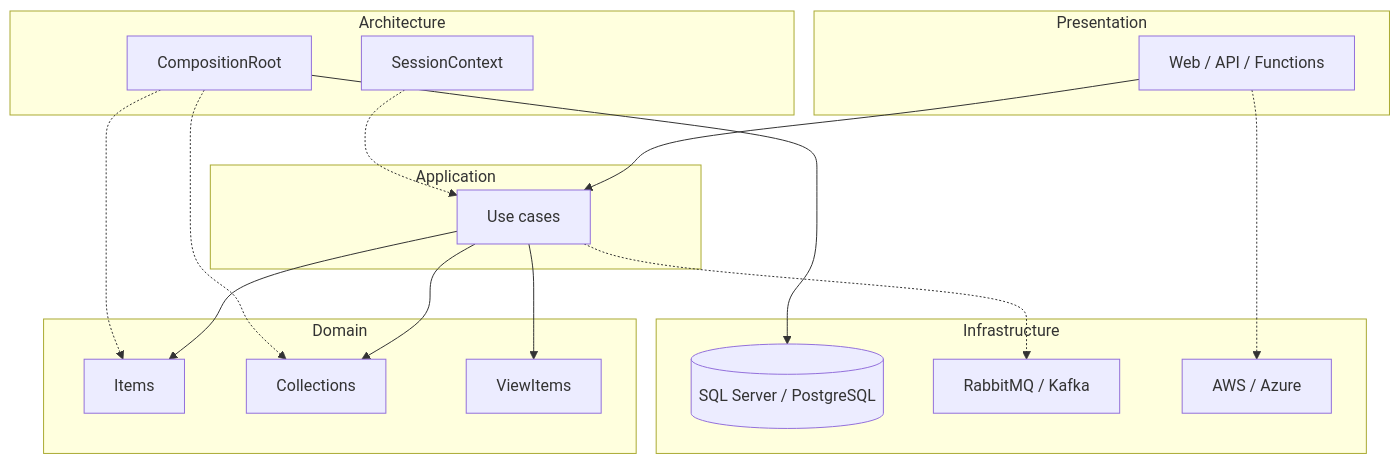
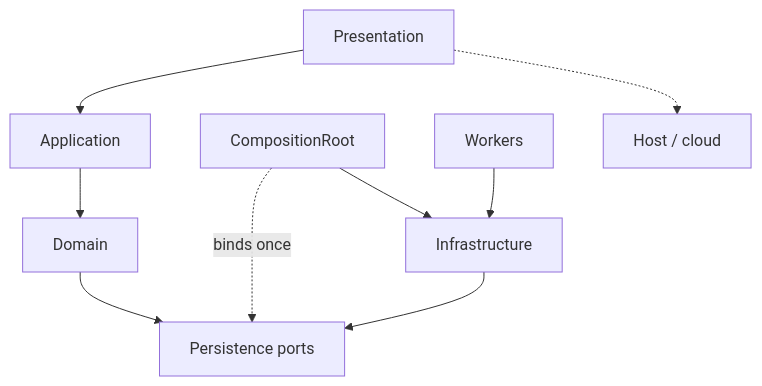
The diagram in README.md (franselstadt/franselstadt), drawn with Mermaid before and after one commit. The commit also changed other lines of this file, not shown here.

Commit message:
Rewrite the profile as a timeless architecture and SOLID brief.

````diff
--- a/README.md
+++ b/README.md
@@ -32,33 +48,11 @@
 ```mermaid
 flowchart TB
-  subgraph presentation [Presentation]
-    UI[Web / API / Functions]
-  end
-  subgraph application [Application]
-    UC[Use cases]
-  end
-  subgraph domain [Domain]
-    I[Items]
-    C[Collections]
-    V[ViewItems]
-  end
-  subgraph architecture [Architecture]
-    CR[CompositionRoot]
-    SC[SessionContext]
-  end
-  subgraph infrastructure [Infrastructure]
-    SQL[(SQL Server / PostgreSQL)]
-    BUS[RabbitMQ / Kafka]
-    CLOUD[AWS / Azure]
-  end
-  UI --> UC
-  UC --> I
-  UC --> C
-  UC --> V
-  CR -.-> I
-  CR -.-> C
-  CR --> SQL
-  UC -.-> BUS
-  UI -.-> CLOUD
-  SC -.-> UC
+  UI[Presentation] --> APP[Application]
+  APP --> DOM[Domain]
+  DOM --> PORTS[Persistence ports]
+  INF[Infrastructure] --> PORTS
+  CR[CompositionRoot] -.->|binds once| PORTS
+  CR --> INF
+  WRK[Workers] --> INF
+  UI -.-> HOST[Host / cloud]
 ```
````
